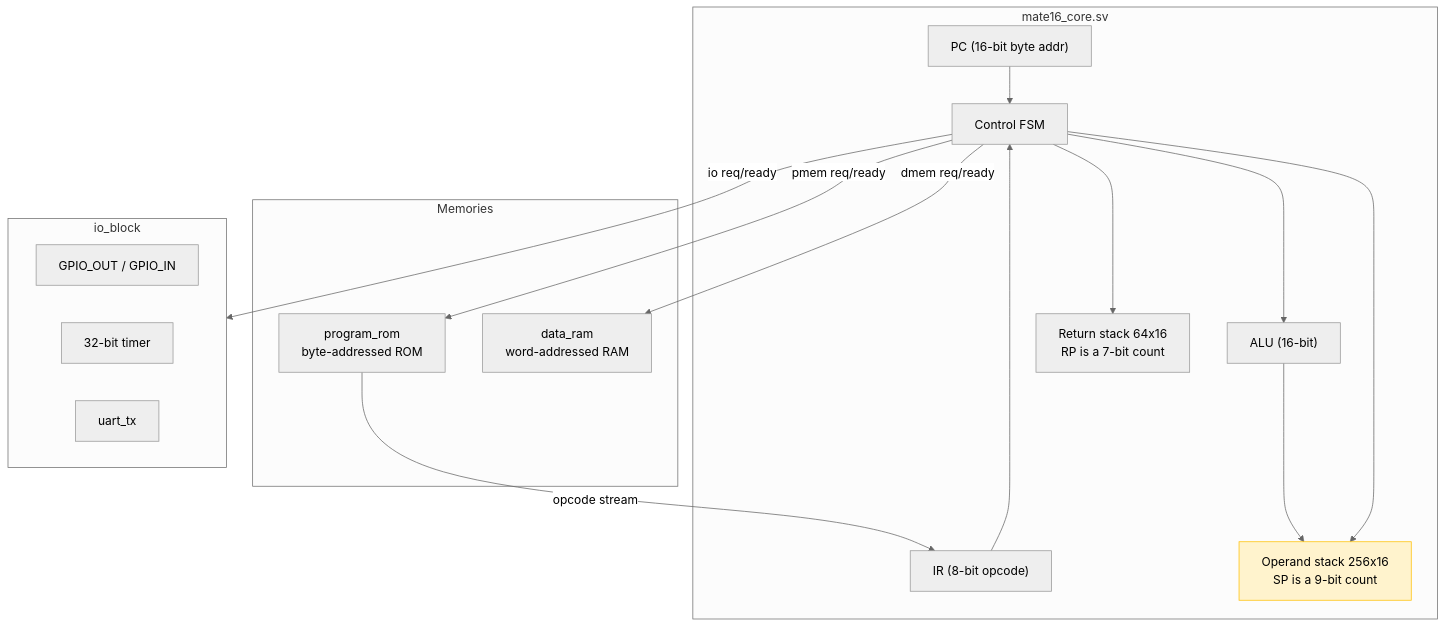
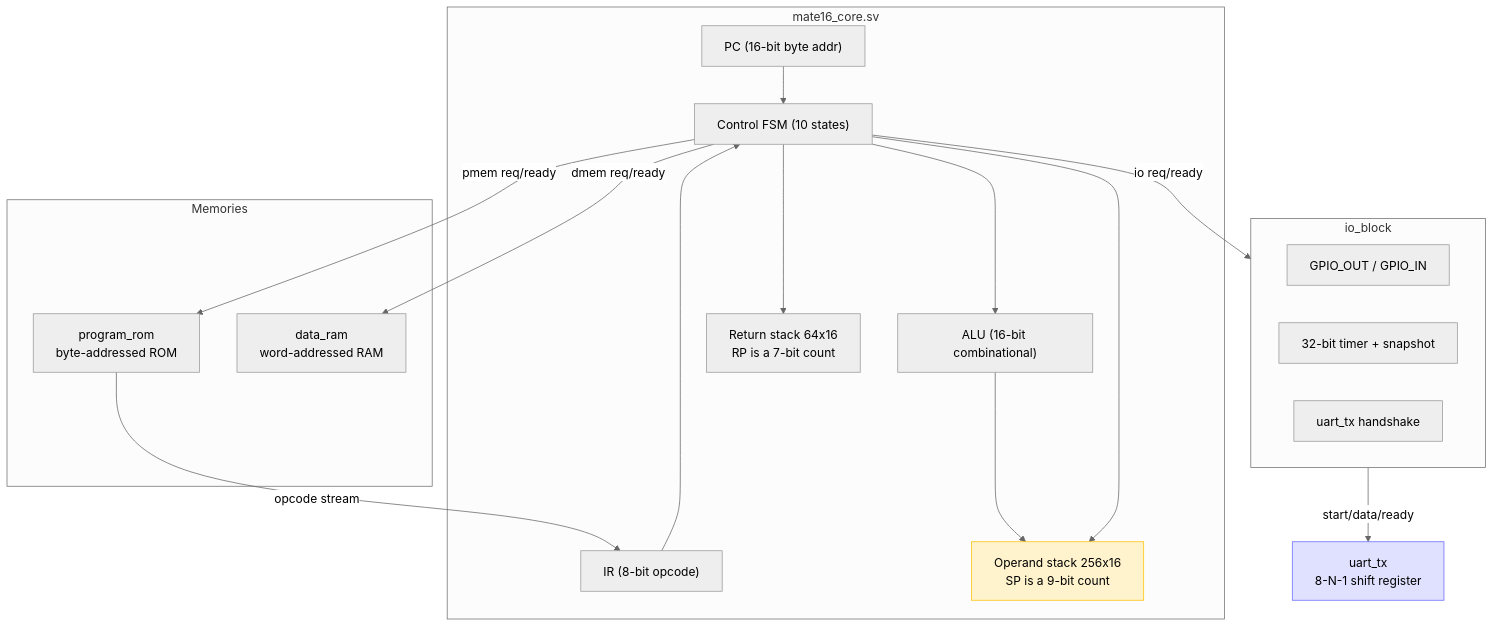
One commit to go-go-golems/go-go-parc changed the second of 3 diagrams in Projects/2026/08/25/PROJ - MATE-16 VM CPU on the GateMateA1-EVB.md. Above: the diagram before and after it, drawn with Mermaid (neutral theme). The commit also changed other lines of this file, not shown here.

````diff
--- a/Projects/2026/08/25/PROJ - MATE-16 VM CPU on the GateMateA1-EVB.md
+++ b/Projects/2026/08/25/PROJ - MATE-16 VM CPU on the GateMateA1-EVB.md
@@ -83,31 +90,34 @@
 ```mermaid
 flowchart TD
     subgraph Core["mate16_core.sv"]
         PC["PC (16-bit byte addr)"]
         IR["IR (8-bit opcode)"]
-        FSM["Control FSM"]
-        ALU["ALU (16-bit)"]
+        FSM["Control FSM (10 states)"]
+        ALU["ALU (16-bit combinational)"]
         OSP["Operand stack 256x16<br/>SP is a 9-bit count"]
         RSP["Return stack 64x16<br/>RP is a 7-bit count"]
         PC --> FSM
         IR --> FSM
         FSM --> ALU
         ALU --> OSP
         FSM --> OSP
         FSM --> RSP
     end
     subgraph Memories
         PROM["program_rom<br/>byte-addressed ROM"]
         DRAM["data_ram<br/>word-addressed RAM"]
     end
     subgraph IO["io_block"]
         GPIO["GPIO_OUT / GPIO_IN"]
-        TIMER["32-bit timer"]
-        UART["uart_tx"]
+        TIMER["32-bit timer + snapshot"]
+        UART["uart_tx handshake"]
     end
+    UARTX["uart_tx<br/>8-N-1 shift register"]
     FSM -- "pmem req/ready" --> PROM
     FSM -- "dmem req/ready" --> DRAM
     FSM -- "io req/ready" --> IO
+    IO -- "start/data/ready" --> UARTX
     PROM -- "opcode stream" --> IR
     style OSP fill:#fff3cd,stroke:#ffc107
+    style UARTX fill:#e0e0ff,stroke:#6c6cff
 ```
````
